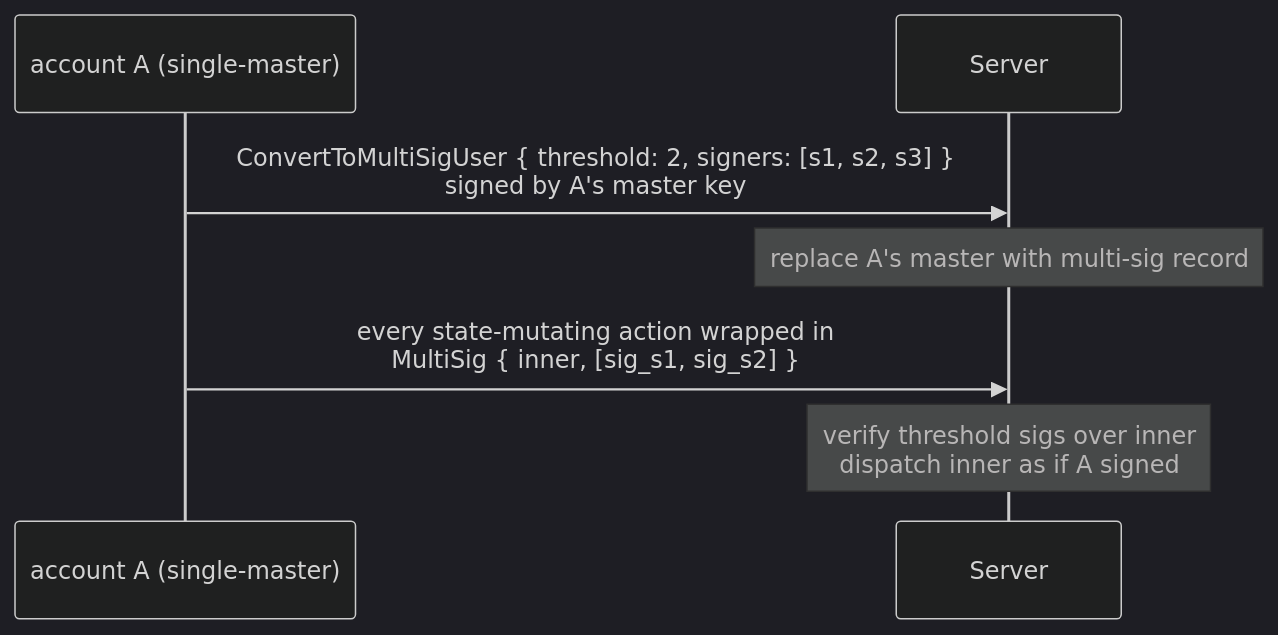
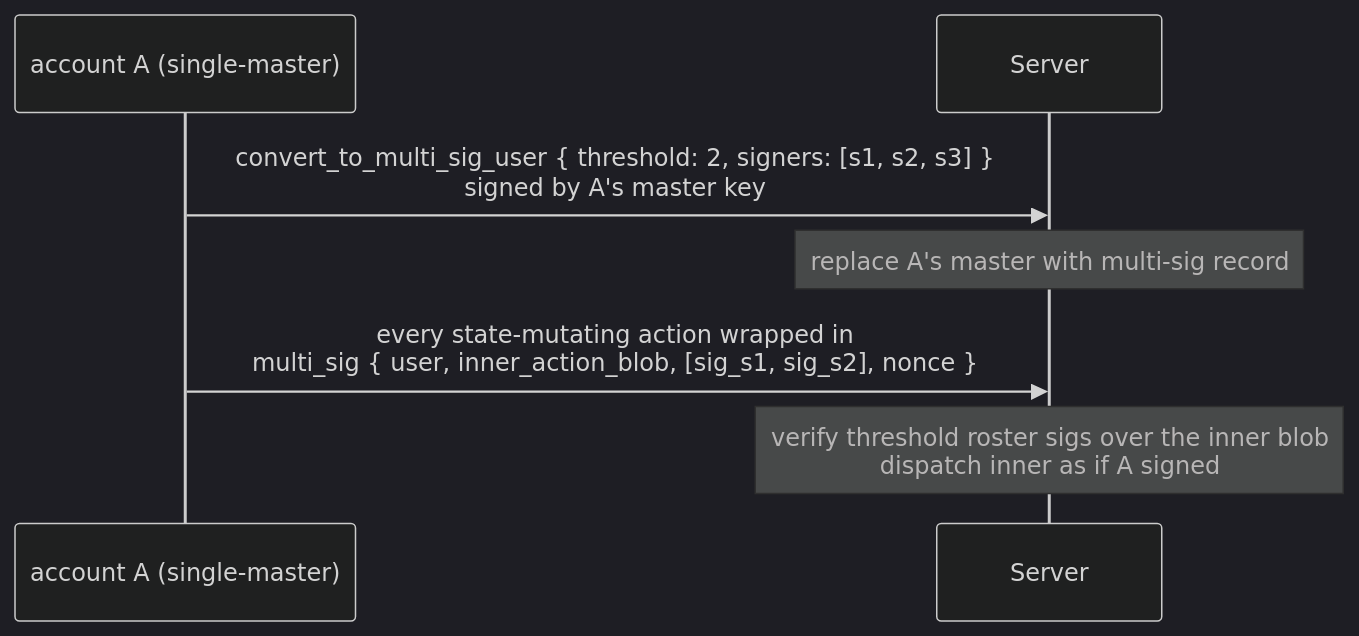
Before and after one commit to mtf-exchange/metaflux-knowledges: the first of 3 diagrams in docs/concepts/multi-sig.md, drawn with Mermaid (dark theme). The commit also changed other lines of this file and 6 other files, not shown here.

First line of the commit message:
docs(signing): user-bound multi-sig inner digest + optional action expiresAfter

````diff
--- a/docs/concepts/multi-sig.md
+++ b/docs/concepts/multi-sig.md
@@ -22,9 +22,9 @@
 ```mermaid
 sequenceDiagram
     participant A as account A (single-master)
     participant S as Server
-    A->>S: ConvertToMultiSigUser { threshold: 2, signers: [s1, s2, s3] }<br/>signed by A's master key
+    A->>S: convert_to_multi_sig_user { threshold: 2, signers: [s1, s2, s3] }<br/>signed by A's master key
     Note over S: replace A's master with multi-sig record
-    A->>S: every state-mutating action wrapped in<br/>MultiSig { inner, [sig_s1, sig_s2] }
-    Note over S: verify threshold sigs over inner<br/>dispatch inner as if A signed
+    A->>S: every state-mutating action wrapped in<br/>multi_sig { user, inner_action_blob, [sig_s1, sig_s2], nonce }
+    Note over S: verify threshold roster sigs over the inner blob<br/>dispatch inner as if A signed
 ```
````
